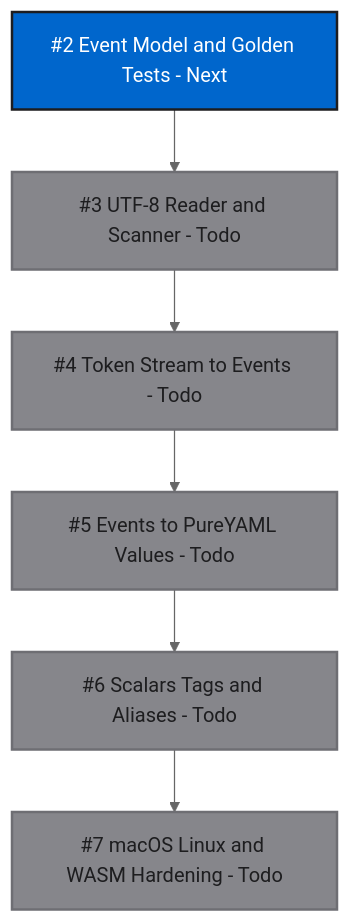
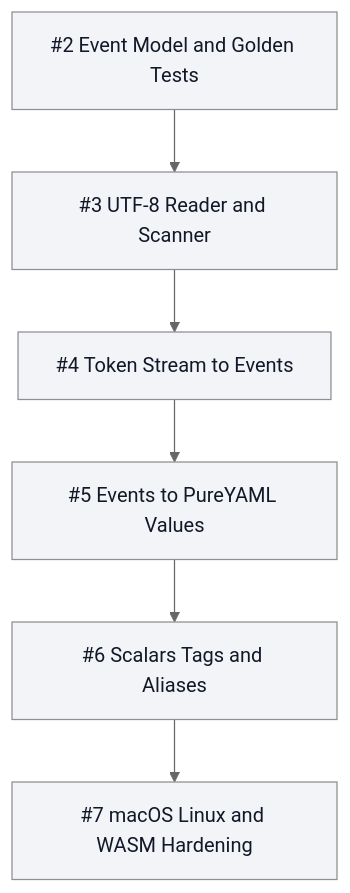
One commit to mihaelamj/PureYAML changed the third of 3 diagrams in README.md. Above: the diagram before and after it, drawn with Mermaid (neutral theme). The commit also changed other lines of this file and 2 other files, not shown here.

Commit message:
docs(roadmap): follow tiledown mermaid palette

````diff
--- a/README.md
+++ b/README.md
@@ -63,20 +54,18 @@
 ```mermaid
 flowchart TB
-  classDef done fill:#03A10E,color:#1D1D1F,stroke:#1D1D1F,stroke-width:2px
-  classDef review fill:#FF791B,color:#1D1D1F,stroke:#1D1D1F,stroke-width:2px
-  classDef active fill:#0071E3,color:#FFFFFF,stroke:#1D1D1F,stroke-width:2px
-  classDef next fill:#0066CC,color:#FFFFFF,stroke:#1D1D1F,stroke-width:2px
-  classDef partial fill:#B64400,color:#FFFFFF,stroke:#1D1D1F,stroke-width:2px
-  classDef todo fill:#86868B,color:#1D1D1F,stroke:#6E6E73,stroke-width:2px
-  Issue2["#2 Event Model and Golden Tests - Next"]:::next
-  Issue3["#3 UTF-8 Reader and Scanner - Todo"]:::todo
-  Issue4["#4 Token Stream to Events - Todo"]:::todo
-  Issue5["#5 Events to PureYAML Values - Todo"]:::todo
-  Issue6["#6 Scalars Tags and Aliases - Todo"]:::todo
-  Issue7["#7 macOS Linux and WASM Hardening - Todo"]:::todo
+  classDef done fill:#ddf9e4,stroke:#34c759,color:#111827
+  classDef review fill:#fff7d6,stroke:#ffcc00,color:#111827
+  classDef epic fill:#f2e5ff,stroke:#af52de,color:#111827
+  classDef todo fill:#f2f4f7,stroke:#8e8e93,color:#111827
+  Issue2["#2 Event Model and Golden Tests"]:::todo
+  Issue3["#3 UTF-8 Reader and Scanner"]:::todo
+  Issue4["#4 Token Stream to Events"]:::todo
+  Issue5["#5 Events to PureYAML Values"]:::todo
+  Issue6["#6 Scalars Tags and Aliases"]:::todo
+  Issue7["#7 macOS Linux and WASM Hardening"]:::todo
   Issue2 --> Issue3
   Issue3 --> Issue4
   Issue4 --> Issue5
   Issue5 --> Issue6
   Issue6 --> Issue7
 ```
````
